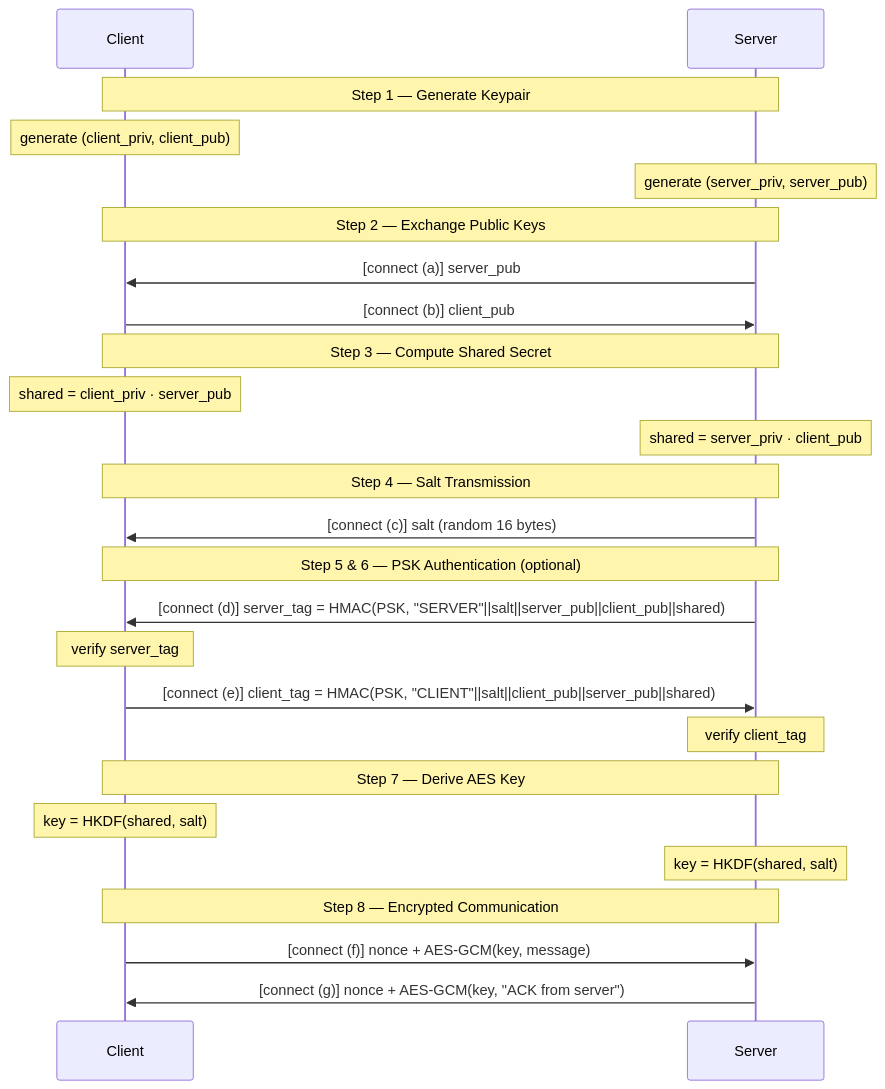
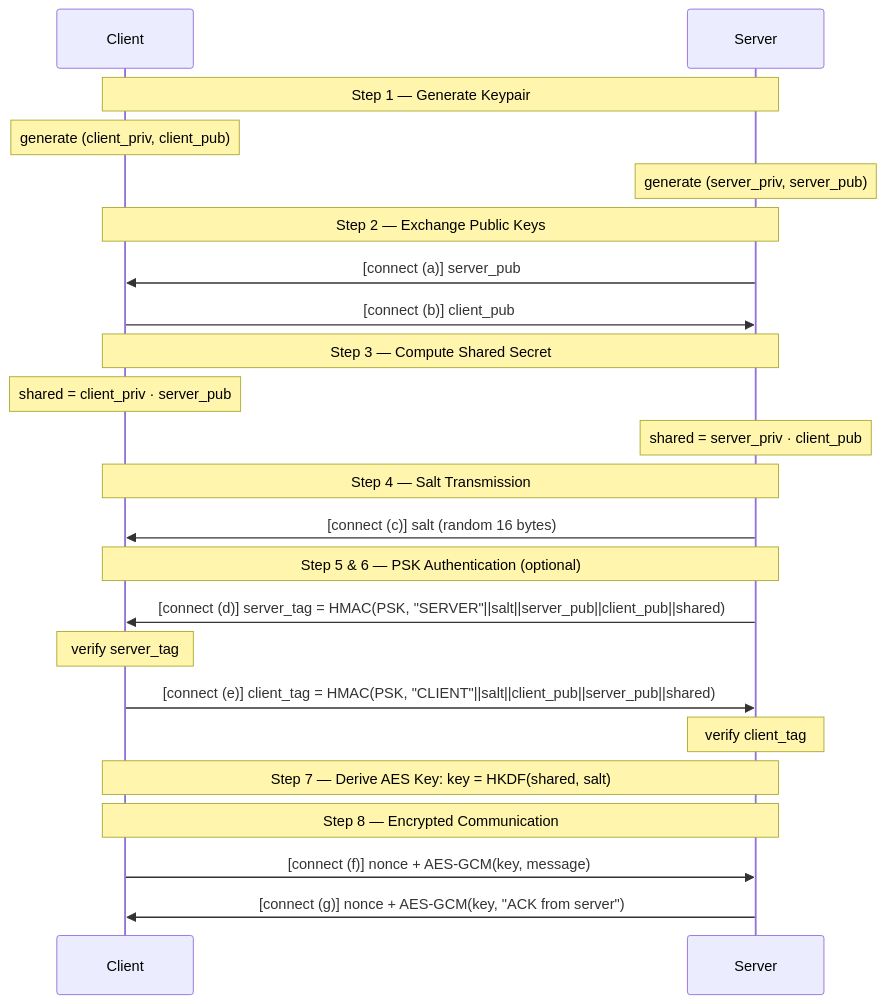
Before and after one commit to hanbo-fan/diffie-hellman-mitm-attack-demo: the diagram in README.md, drawn with Mermaid. The commit also changed other lines of this file, not shown here.

````diff
--- a/README.md
+++ b/README.md
@@ -17,34 +16,32 @@
 ```mermaid
 sequenceDiagram
     participant C as Client
     participant S as Server
 
     Note over C,S: Step 1 — Generate Keypair
     Note over C: generate (client_priv, client_pub)
     Note over S: generate (server_priv, server_pub)
 
     Note over C,S: Step 2 — Exchange Public Keys
     S->>C: [connect (a)] server_pub
     C->>S: [connect (b)] client_pub
 
     Note over C,S: Step 3 — Compute Shared Secret
     Note over C: shared = client_priv · server_pub
     Note over S: shared = server_priv · client_pub
 
     Note over C,S: Step 4 — Salt Transmission
     S->>C: [connect (c)] salt (random 16 bytes)
 
     Note over C,S: Step 5 & 6 — PSK Authentication (optional)
     S->>C: [connect (d)] server_tag = HMAC(PSK, "SERVER"||salt||server_pub||client_pub||shared)
     Note over C: verify server_tag
     C->>S: [connect (e)] client_tag = HMAC(PSK, "CLIENT"||salt||client_pub||server_pub||shared)
     Note over S: verify client_tag
 
-    Note over C,S: Step 7 — Derive AES Key
-    Note over C: key = HKDF(shared, salt)
-    Note over S: key = HKDF(shared, salt)
+    Note over C,S: Step 7 — Derive AES Key: key = HKDF(shared, salt)
 
     Note over C,S: Step 8 — Encrypted Communication
     C->>S: [connect (f)] nonce + AES-GCM(key, message)
     S->>C: [connect (g)] nonce + AES-GCM(key, "ACK from server")
 ```
````
